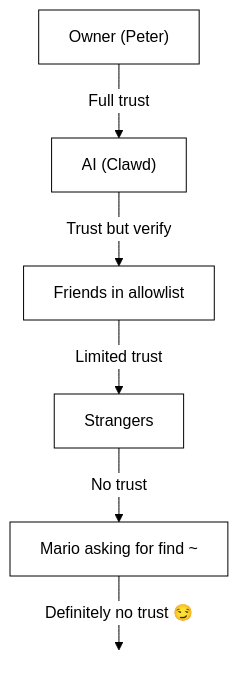
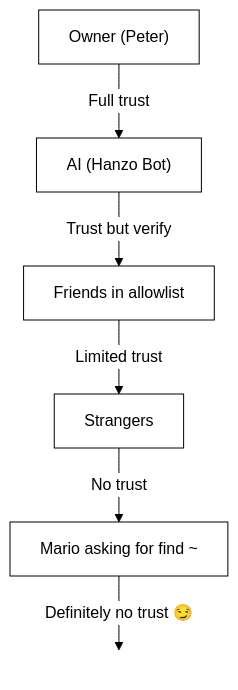
One commit to hanzoai/bot changed the diagram in docs/gateway/security/index.md. Above: the diagram before and after it, drawn with Mermaid. The commit also changed other lines of this file and 101 other files, not shown here.

````diff
--- a/docs/gateway/security/index.md
+++ b/docs/gateway/security/index.md
@@ -800,28 +800,28 @@
 ```mermaid
 %%{init: {
   'theme': 'base',
   'themeVariables': {
     'primaryColor': '#ffffff',
     'primaryTextColor': '#000000',
     'primaryBorderColor': '#000000',
     'lineColor': '#000000',
     'secondaryColor': '#f9f9fb',
     'tertiaryColor': '#ffffff',
     'clusterBkg': '#f9f9fb',
     'clusterBorder': '#000000',
     'nodeBorder': '#000000',
     'mainBkg': '#ffffff',
     'edgeLabelBackground': '#ffffff'
   }
 }}%%
 flowchart TB
-    A["Owner (Peter)"] -- Full trust --> B["AI (Clawd)"]
+    A["Owner (Peter)"] -- Full trust --> B["AI (Hanzo Bot)"]
     B -- Trust but verify --> C["Friends in allowlist"]
     C -- Limited trust --> D["Strangers"]
     D -- No trust --> E["Mario asking for find ~"]
     E -- Definitely no trust 😏 --> F[" "]
 
      %% The transparent box is needed to show the bottom-most label correctly
      F:::Class_transparent_box
     classDef Class_transparent_box fill:transparent, stroke:transparent
 ```
````
